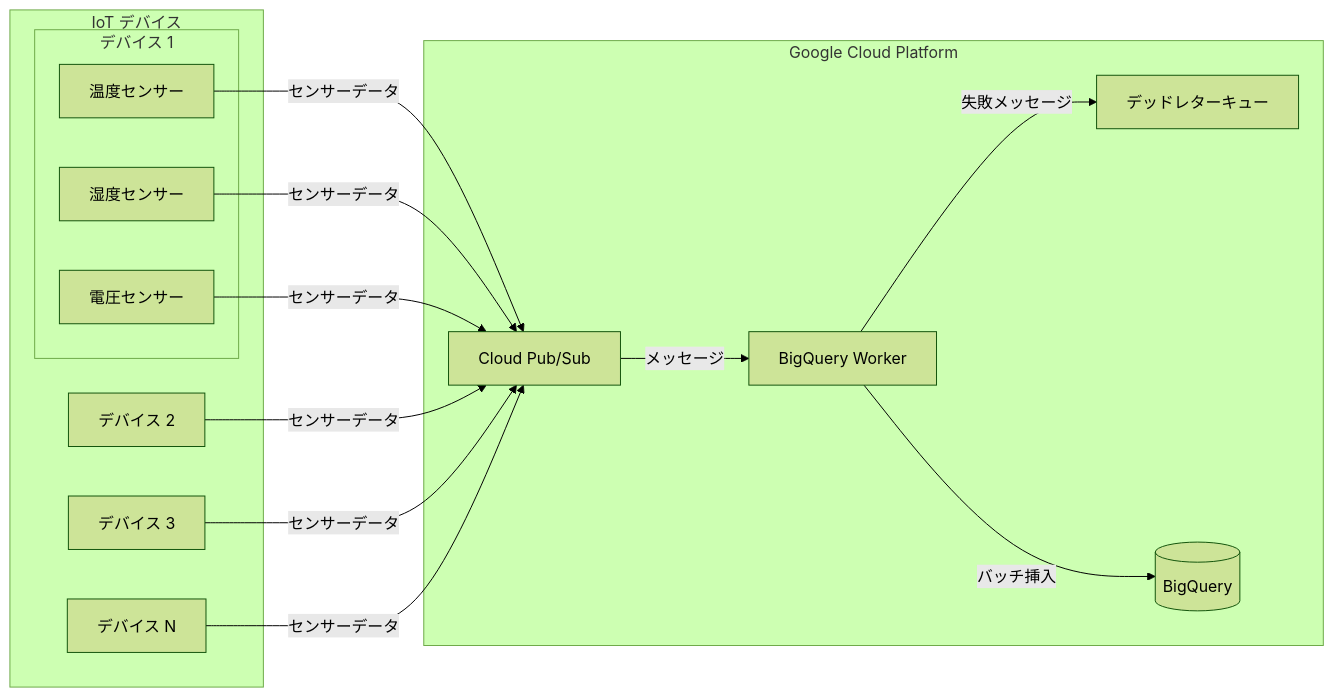
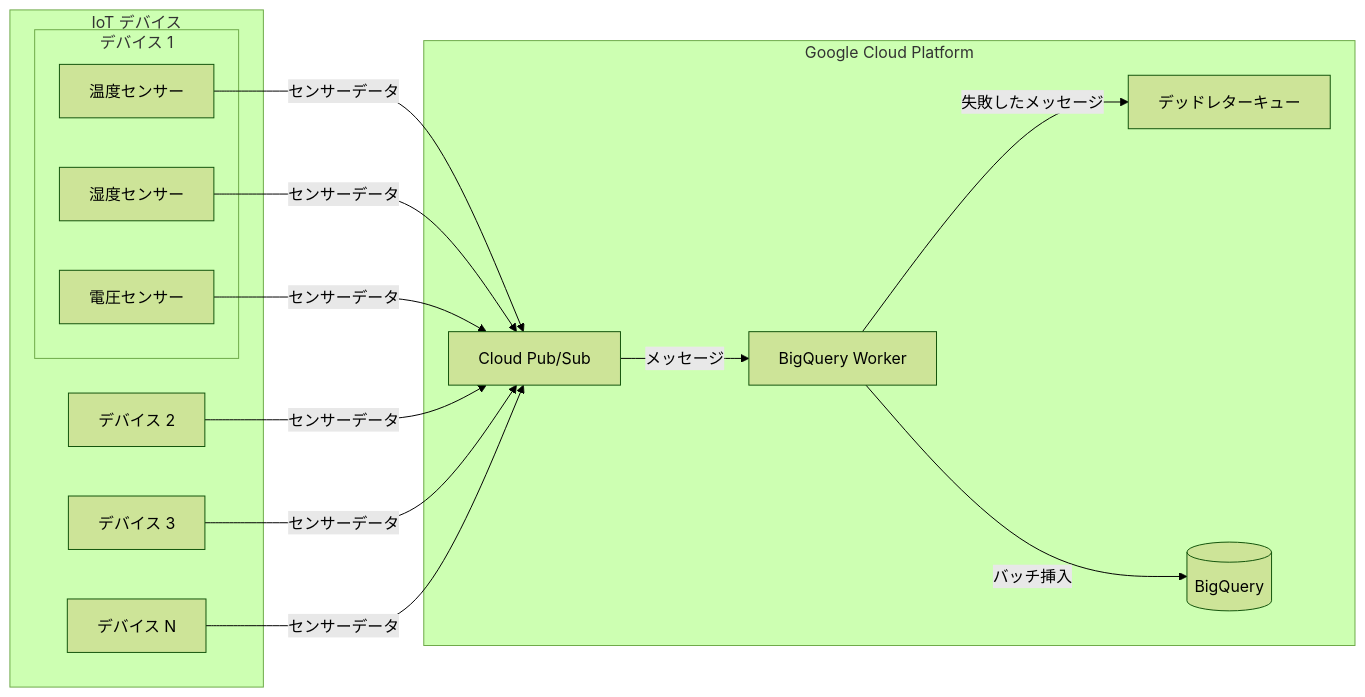
One commit to ThaddeusJiang/sensor_logs changed the diagram in README-ja.md. Above: the diagram before and after it, drawn with Mermaid (forest theme). The commit also changed other lines of this file and 29 other files, not shown here.

````diff
--- a/README-ja.md
+++ b/README-ja.md
@@ -11,29 +20,26 @@
 ```mermaid
 graph LR
     subgraph "IoT デバイス"
         subgraph "デバイス 1"
             S1[温度センサー]
             S2[湿度センサー]
             S3[電圧センサー]
         end
-
         D2[デバイス 2]
-
         D3[デバイス 3]
-
         D4[デバイス N]
     end
 
     subgraph "Google Cloud Platform"
         PS[Cloud Pub/Sub]
         DLQ[デッドレターキュー]
         W[BigQuery Worker]
         BQ[(BigQuery)]
     end
 
     S1 & S2 & S3 -->|センサーデータ| PS
     D2 & D3 & D4 -->|センサーデータ| PS
     PS -->|メッセージ| W
-    W -->|失敗メッセージ| DLQ
+    W -->|失敗したメッセージ| DLQ
     W -->|バッチ挿入| BQ
 ```
````
